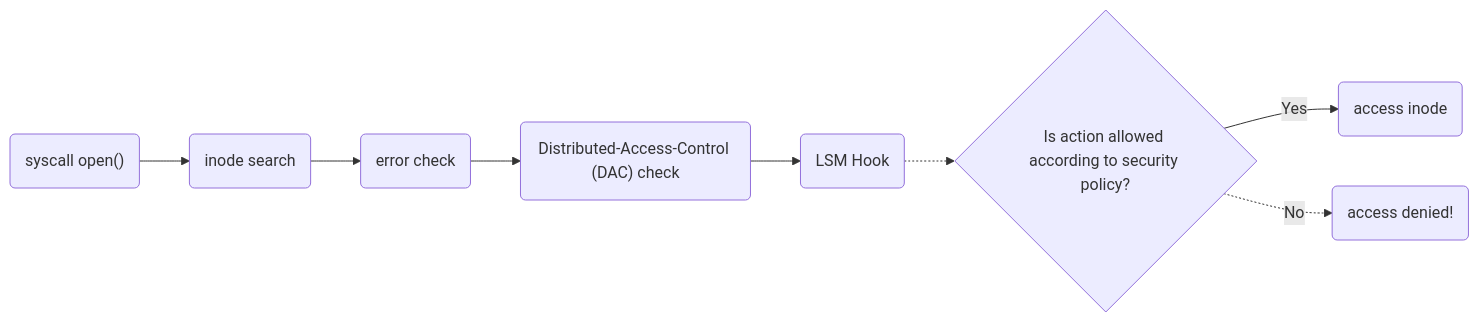
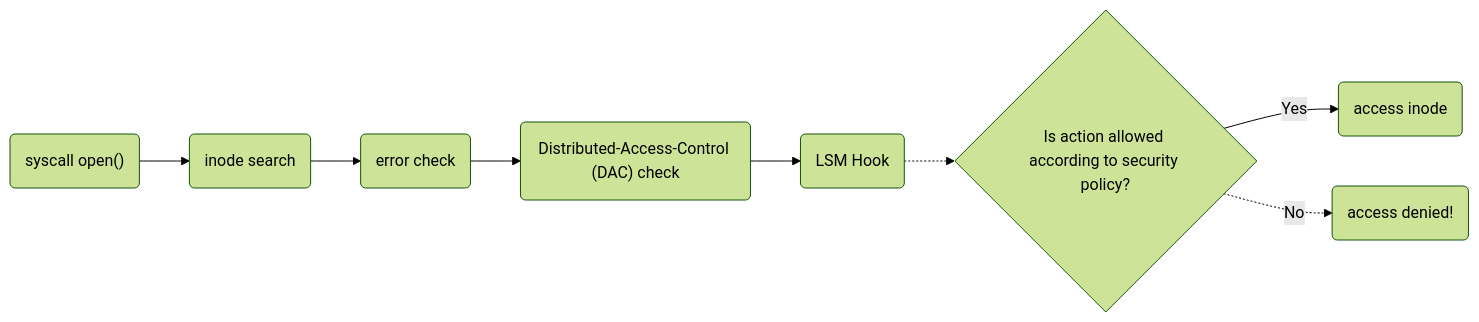
The diagram in docs/foundational-concepts/linux-security-modules.md (joekir/selinuxuser.land-3), drawn with Mermaid before and after one commit. The commit also changed other lines of this file and 3 other files, not shown here.

````diff
--- a/docs/foundational-concepts/linux-security-modules.md
+++ b/docs/foundational-concepts/linux-security-modules.md
@@ -14,10 +14,11 @@
 ```mermaid
+%%{init: {'theme': 'forest'}}%%
 flowchart LR
     A("syscall open()")-->B("inode search")
     B --> C("error check")
     C --> D("Distributed-Access-Control (DAC) check")
     D --> E("LSM Hook")
     E -.-> F{"Is action allowed \naccording to security policy?"}
     F --> |Yes| G("access inode")
     F -.-> |No| H("access denied!")
 ```
````
